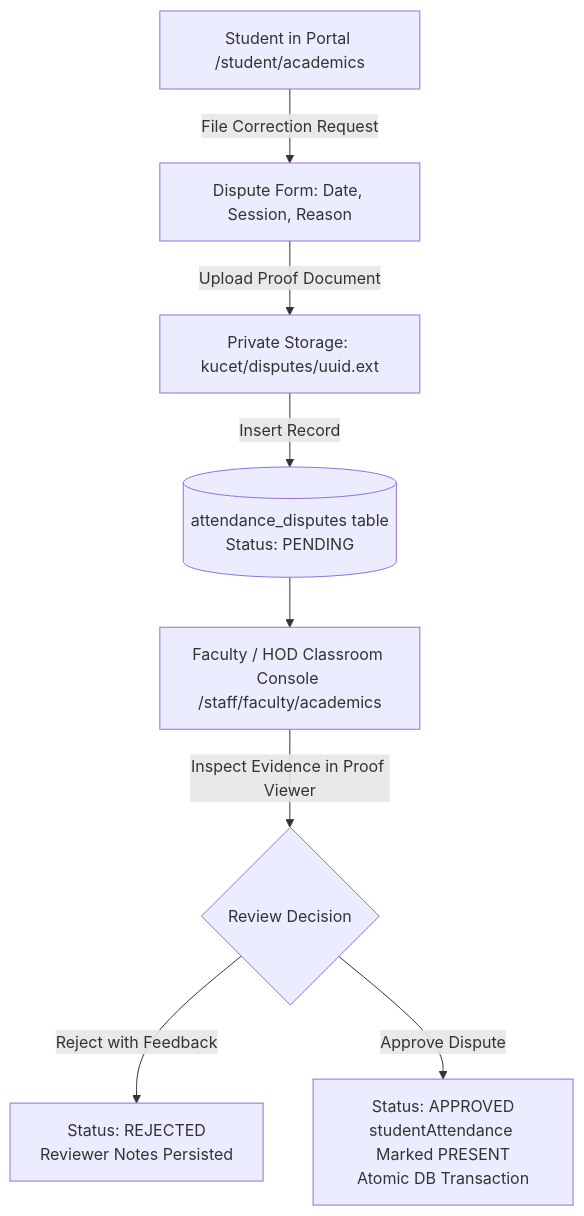
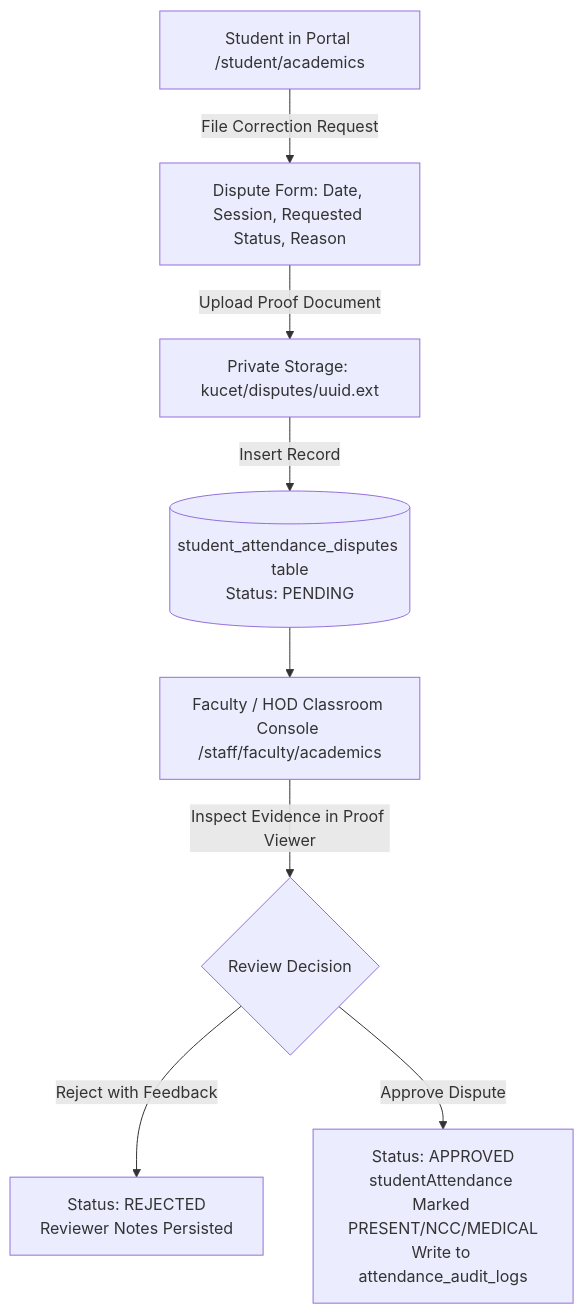
Before and after one commit to GouthamA15/KUCET_College_Management_System: the third of 3 diagrams in DOCUMENTATION/features/attendance.md, drawn with Mermaid. The commit also changed other lines of this file and 84 other files, not shown here.

````diff
--- a/DOCUMENTATION/features/attendance.md
+++ b/DOCUMENTATION/features/attendance.md
@@ -219,11 +219,11 @@
 ```mermaid
 flowchart TD
-    Student[Student in Portal /student/academics] -->|File Correction Request| Form[Dispute Form: Date, Session, Reason]
+    Student[Student in Portal /student/academics] -->|File Correction Request| Form[Dispute Form: Date, Session, Requested Status, Reason]
     Form -->|Upload Proof Document| Storage[Private Storage: kucet/disputes/uuid.ext]
-    Storage -->|Insert Record| DB[(attendance_disputes table\nStatus: PENDING)]
+    Storage -->|Insert Record| DB[(student_attendance_disputes table\nStatus: PENDING)]
     
     DB --> Reviewer[Faculty / HOD Classroom Console /staff/faculty/academics]
     Reviewer -->|Inspect Evidence in Proof Viewer| Decision{Review Decision}
     Decision -->|Reject with Feedback| Rejected[Status: REJECTED\nReviewer Notes Persisted]
-    Decision -->|Approve Dispute| Approved[Status: APPROVED\nstudentAttendance Marked PRESENT\nAtomic DB Transaction]
+    Decision -->|Approve Dispute| Approved[Status: APPROVED\nstudentAttendance Marked PRESENT/NCC/MEDICAL\nWrite to attendance_audit_logs]
 ```
````
